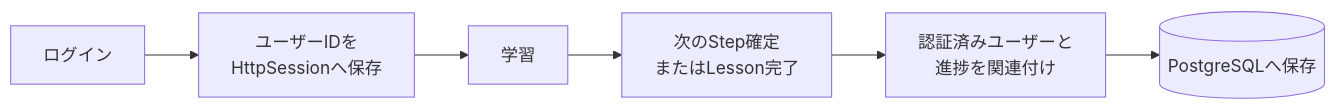
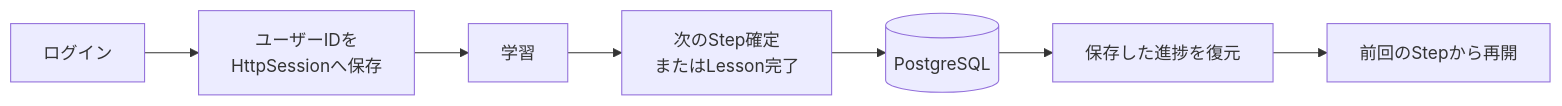
One commit to kawaj-dev/java-link changed the diagram in README.md. Above: the diagram before and after it, drawn with Mermaid. The commit also changed other lines of this file, not shown here.

Commit message:
docs: update README for progress restore

````diff
--- a/README.md
+++ b/README.md
@@ -170,15 +170,17 @@
 ```mermaid
 flowchart LR
     Login[ログイン]
     Session[ユーザーIDを<br/>HttpSessionへ保存]
     Learning[学習]
     Progress[次のStep確定<br/>またはLesson完了]
-    Link[認証済みユーザーと<br/>進捗を関連付け]
-    DB[(PostgreSQLへ保存)]
+    DB[(PostgreSQL)]
+    Restore[保存した進捗を復元]
+    Resume[前回のStepから再開]
 
     Login --> Session
     Session --> Learning
     Learning --> Progress
-    Progress --> Link
-    Link --> DB
+    Progress --> DB
+    DB --> Restore
+    Restore --> Resume
 ```
````
